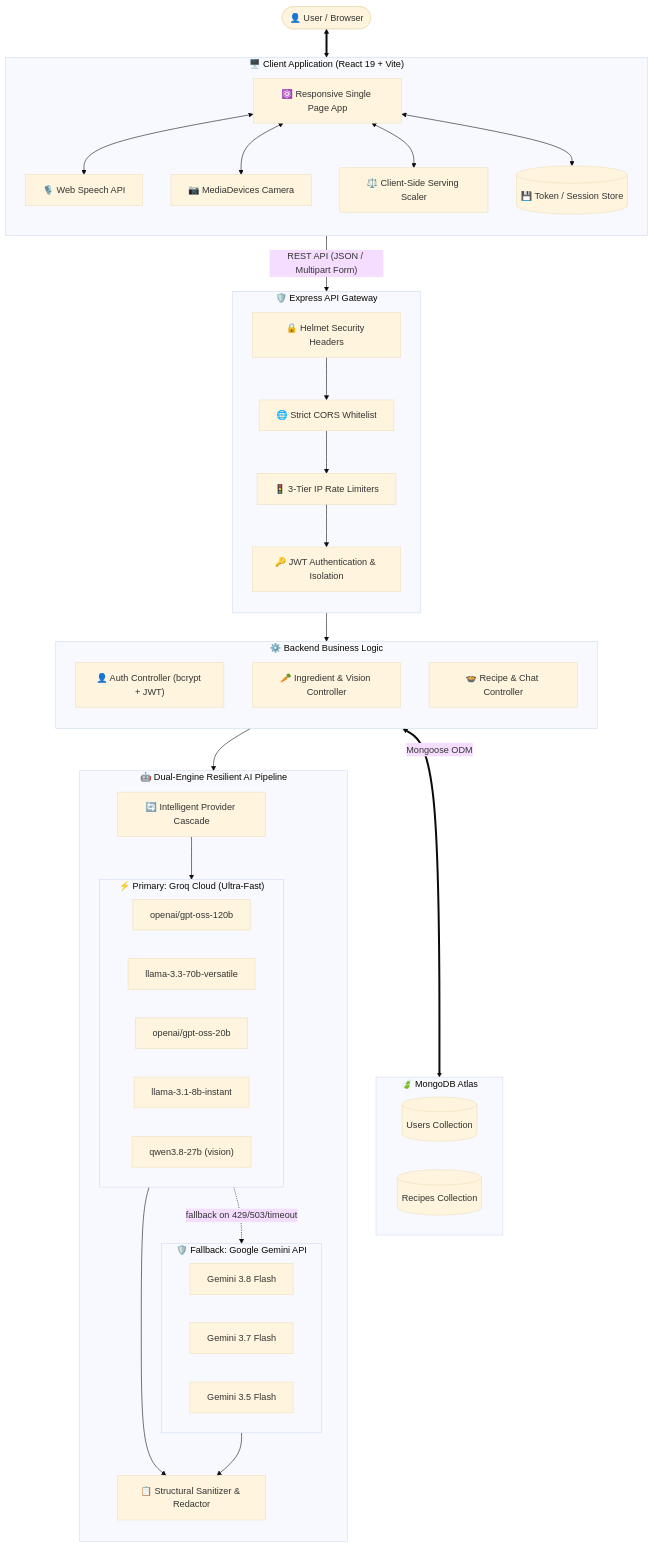
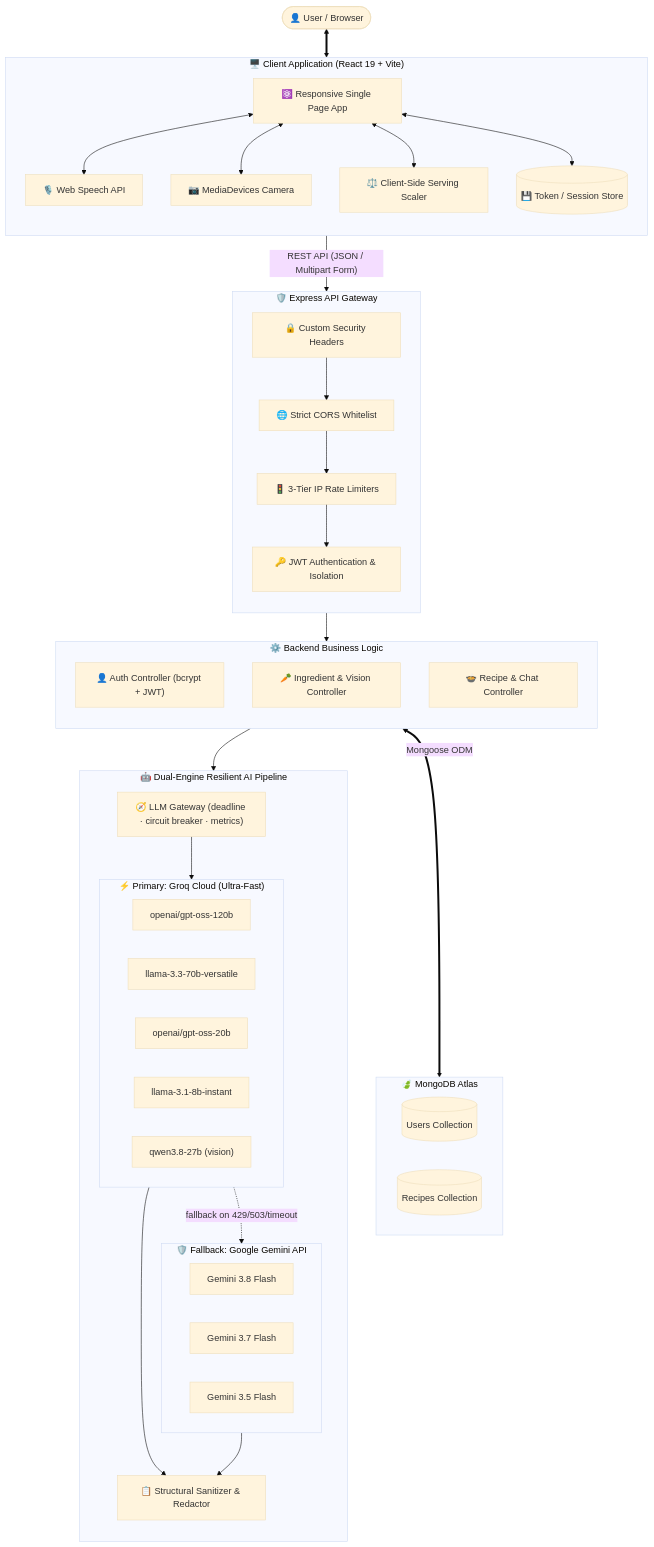
One commit to harsh-raj00/ChefMind-AI changed the diagram in README.md. Above: the diagram before and after it, drawn with Mermaid (base theme). The commit also changed other lines of this file, not shown here.

Commit message:
docs: add configuration, API reference and security sections to README

````diff
--- a/README.md
+++ b/README.md
@@ -117,61 +121,61 @@
 ```mermaid
 flowchart TB
     User([👤 User / Browser])
 
     subgraph Client ["🖥️ Client Application (React 19 + Vite)"]
         direction TB
         UI["⚛️ Responsive Single Page App"]
         Speech["🎙️ Web Speech API"]
         Camera["📷 MediaDevices Camera"]
         Scaler["⚖️ Client-Side Serving Scaler"]
         Storage[("💾 Token / Session Store")]
         UI <--> Speech & Camera & Scaler & Storage
     end
 
     subgraph Gateway ["🛡️ Express API Gateway"]
         direction TB
-        SecHeaders["🔒 Helmet Security Headers"]
+        SecHeaders["🔒 Custom Security Headers"]
         Cors["🌐 Strict CORS Whitelist"]
         Limiter["🚦 3-Tier IP Rate Limiters"]
         AuthMiddleware["🔑 JWT Authentication & Isolation"]
         SecHeaders --> Cors --> Limiter --> AuthMiddleware
     end
 
     subgraph Controllers ["⚙️ Backend Business Logic"]
         direction TB
         AuthCtrl["👤 Auth Controller (bcrypt + JWT)"]
         IngCtrl["🥕 Ingredient & Vision Controller"]
         RecCtrl["🍲 Recipe & Chat Controller"]
     end
 
     subgraph AI_Engine ["🤖 Dual-Engine Resilient AI Pipeline"]
         direction TB
-        Chain["🔄 Intelligent Provider Cascade"]
+        Chain["🧭 LLM Gateway (deadline · circuit breaker · metrics)"]
         subgraph Groq_Tier ["⚡ Primary: Groq Cloud (Ultra-Fast)"]
             G1["openai/gpt-oss-120b "]
             G2["llama-3.3-70b-versatile"]
             G3["openai/gpt-oss-20b "]
             G4["llama-3.1-8b-instant"]
             GV["qwen3.8-27b (vision)"]
         end
         subgraph Gemini_Tier ["🛡️ Fallback: Google Gemini API"]
             M1["Gemini 3.8 Flash"]
             M2["Gemini 3.7 Flash"]
             M3["Gemini 3.5 Flash"]
         end
         Validator["📋 Structural Sanitizer & Redactor"]
         Chain --> Groq_Tier -. "fallback on 429/503/timeout" .-> Gemini_Tier
         Groq_Tier & Gemini_Tier --> Validator
     end
 
     subgraph Database ["🍃 MongoDB Atlas"]
         UsersCol[("Users Collection")]
         RecipesCol[("Recipes Collection")]
     end
 
     User <==> UI
     UI -- "REST API (JSON / Multipart Form)" --> Gateway
     Gateway --> Controllers
     Controllers --> AI_Engine
     Controllers <== "Mongoose ODM" ==> Database
 ```
````
